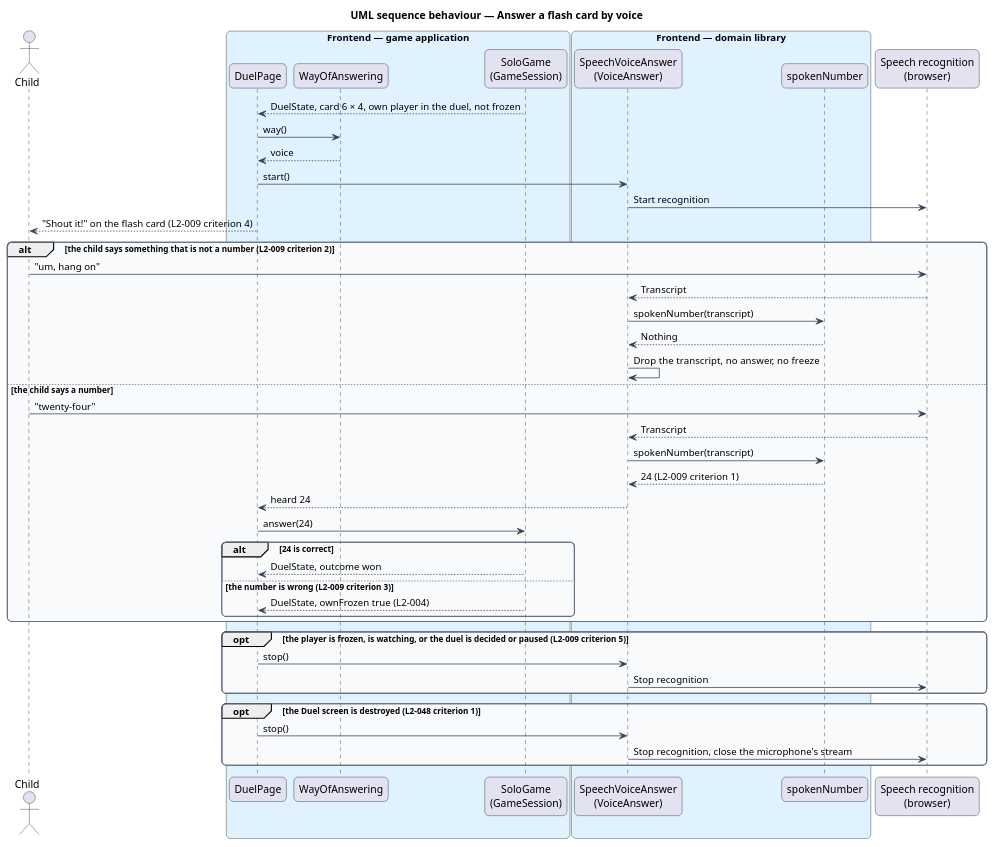
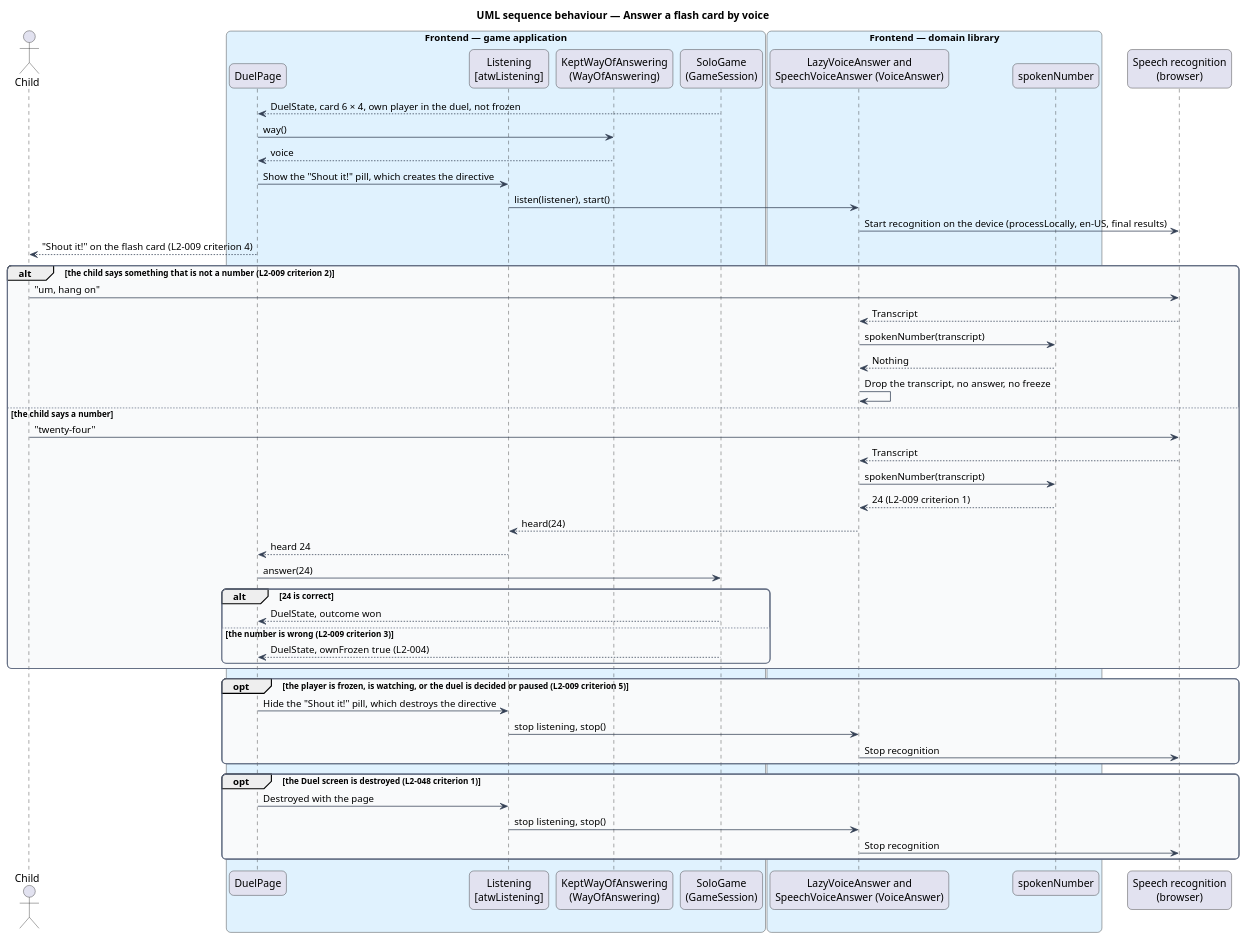
One commit to QuinntyneBrown/around-the-world changed the diagram in docs/detailed-designs/answering/answer-by-voice/diagrams/sequence-answer-by-voice.puml. Above: the diagram before and after it, drawn with PlantUML. The commit also changed 19 other files, not shown here.

First line of the commit message:
Decide how voice answers: on the device, what is heard, when Mic Check shows

```diff
--- a/docs/detailed-designs/answering/answer-by-voice/diagrams/sequence-answer-by-voice.puml
+++ b/docs/detailed-designs/answering/answer-by-voice/diagrams/sequence-answer-by-voice.puml
@@ -1,62 +1,67 @@
 @startuml
 title UML sequence behaviour — Answer a flash card by voice
 skinparam backgroundColor #FFFFFF
 skinparam shadowing false
 skinparam roundcorner 12
 skinparam defaultFontName Arial
 skinparam ArrowColor #344054
 skinparam rectangle {
   BorderColor #344054
   FontColor #101828
 }
 skinparam package {
   BorderColor #667085
   FontColor #101828
   BackgroundColor #F9FAFB
 }
 actor "Child" as child
 box "Frontend — game application" #E0F2FE
   participant "DuelPage" as page
-  participant "WayOfAnswering" as way
+  participant "Listening\n[atwListening]" as listening
+  participant "KeptWayOfAnswering\n(WayOfAnswering)" as way
   participant "SoloGame\n(GameSession)" as solo
 end box
 box "Frontend — domain library" #E0F2FE
-  participant "SpeechVoiceAnswer\n(VoiceAnswer)" as voice
+  participant "LazyVoiceAnswer and\nSpeechVoiceAnswer (VoiceAnswer)" as voice
   participant "spokenNumber" as parser
 end box
 participant "Speech recognition\n(browser)" as sr
 
 solo --> page : DuelState, card 6 × 4, own player in the duel, not frozen
 page -> way : way()
 way --> page : voice
-page -> voice : start()
-voice -> sr : Start recognition
+page -> listening : Show the "Shout it!" pill, which creates the directive
+listening -> voice : listen(listener), start()
+voice -> sr : Start recognition on the device (processLocally, en-US, final results)
 page --> child : "Shout it!" on the flash card (L2-009 criterion 4)
 alt the child says something that is not a number (L2-009 criterion 2)
   child -> sr : "um, hang on"
   sr --> voice : Transcript
   voice -> parser : spokenNumber(transcript)
   parser --> voice : Nothing
   voice -> voice : Drop the transcript, no answer, no freeze
 else the child says a number
   child -> sr : "twenty-four"
   sr --> voice : Transcript
   voice -> parser : spokenNumber(transcript)
   parser --> voice : 24 (L2-009 criterion 1)
-  voice --> page : heard 24
+  voice --> listening : heard(24)
+  listening --> page : heard 24
   page -> solo : answer(24)
   alt 24 is correct
     solo --> page : DuelState, outcome won
   else the number is wrong (L2-009 criterion 3)
     solo --> page : DuelState, ownFrozen true (L2-004)
   end
 end
 opt the player is frozen, is watching, or the duel is decided or paused (L2-009 criterion 5)
-  page -> voice : stop()
+  page -> listening : Hide the "Shout it!" pill, which destroys the directive
+  listening -> voice : stop listening, stop()
   voice -> sr : Stop recognition
 end
 opt the Duel screen is destroyed (L2-048 criterion 1)
-  page -> voice : stop()
-  voice -> sr : Stop recognition, close the microphone's stream
+  page -> listening : Destroyed with the page
+  listening -> voice : stop listening, stop()
+  voice -> sr : Stop recognition
 end
 @enduml
```
